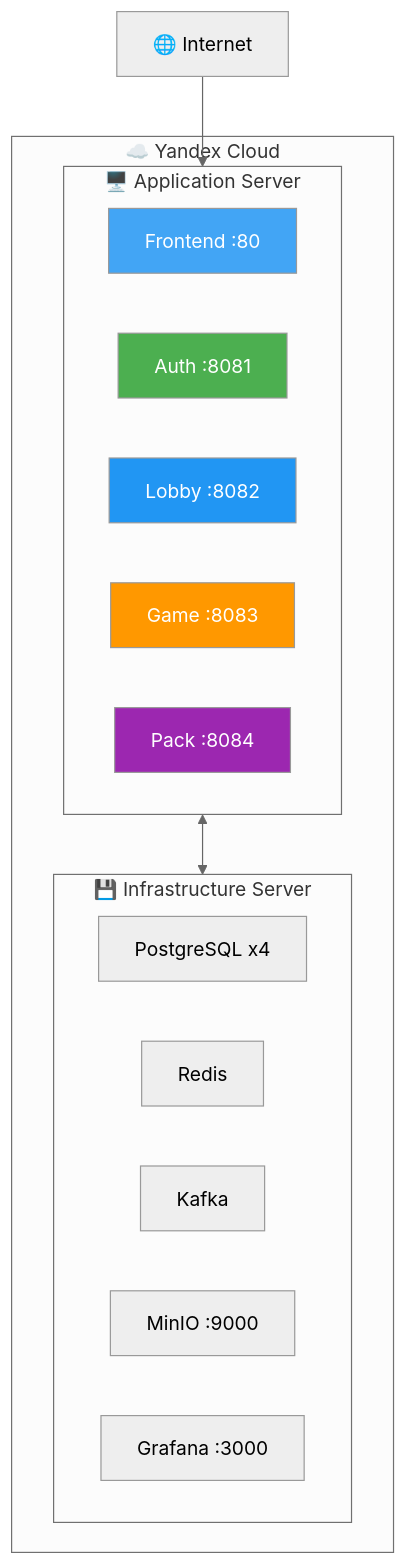
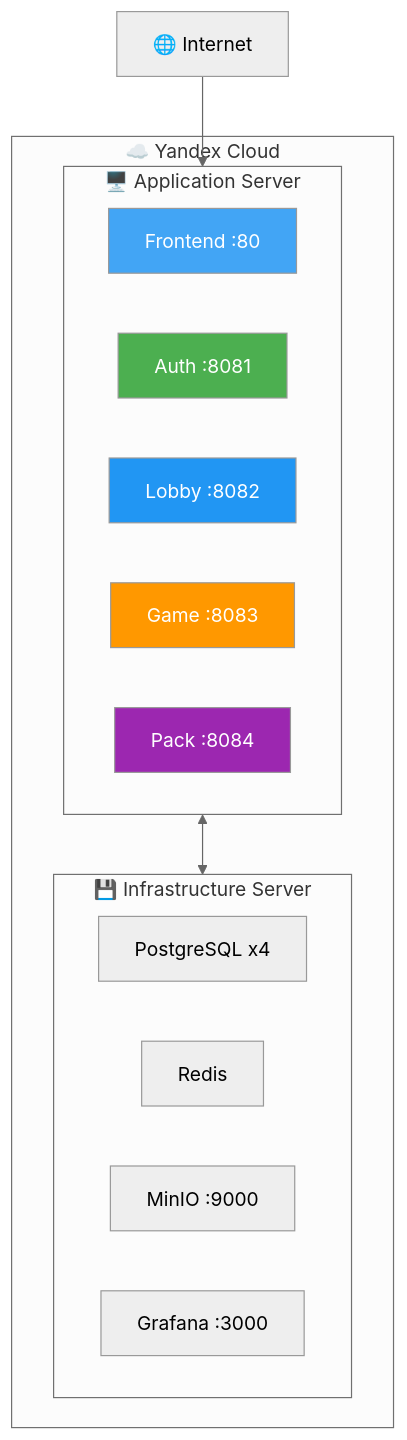
One commit to Bityta/sigame-project changed diagram 28 of 28 in README.md. Above: the diagram before and after it, drawn with Mermaid (neutral theme). The commit also changed other lines of this file and 13 other files, not shown here.

````diff
--- a/README.md
+++ b/README.md
@@ -4030,29 +3843,28 @@
 ```mermaid
 flowchart TB
     subgraph cloud [☁️ Yandex Cloud]
         subgraph appserver [🖥️ Application Server]
             FE[Frontend :80]
             AUTH[Auth :8081]
             LOBBY[Lobby :8082]
             GAME[Game :8083]
             PACK[Pack :8084]
         end
         
         subgraph infraserver [💾 Infrastructure Server]
             PG[PostgreSQL x4]
             REDIS[Redis]
-            KAFKA[Kafka]
             MINIO[MinIO :9000]
             GRAF[Grafana :3000]
         end
     end
     
     Internet[🌐 Internet] --> appserver
     appserver <--> infraserver
 
     style FE fill:#42A5F5,color:#fff
     style AUTH fill:#4CAF50,color:#fff
     style LOBBY fill:#2196F3,color:#fff
     style GAME fill:#FF9800,color:#fff
     style PACK fill:#9C27B0,color:#fff
 ```
````
